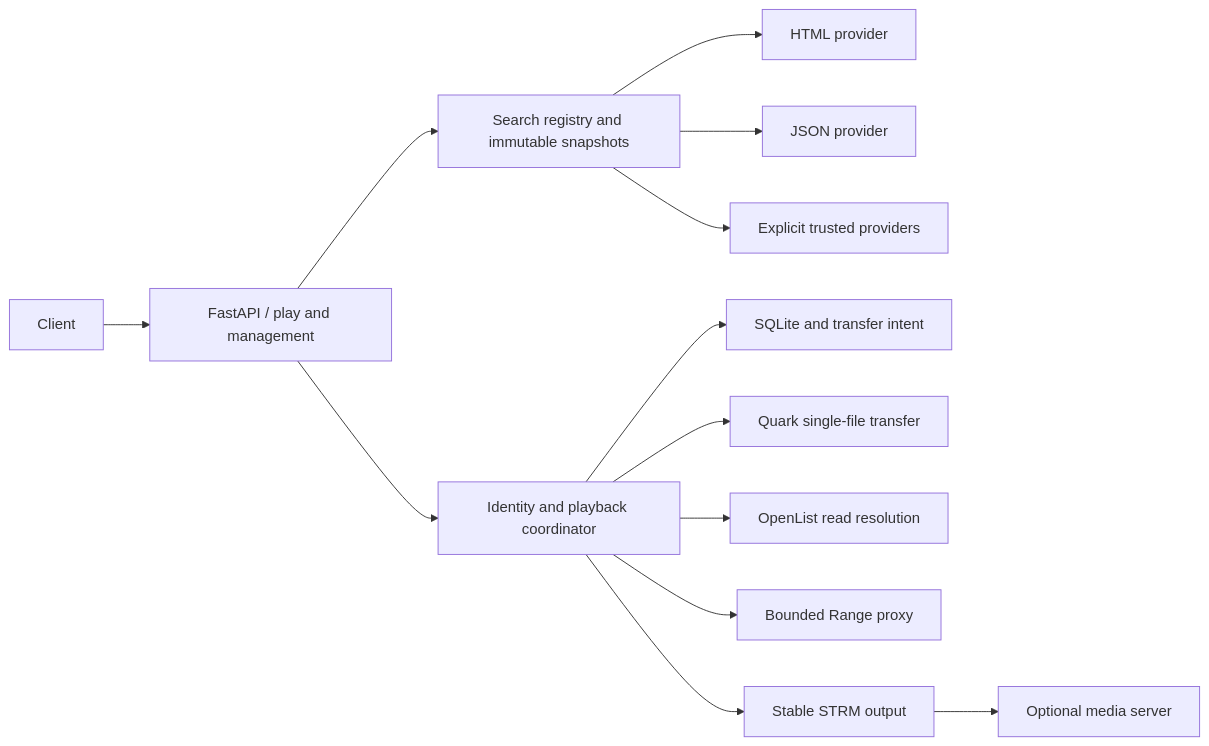
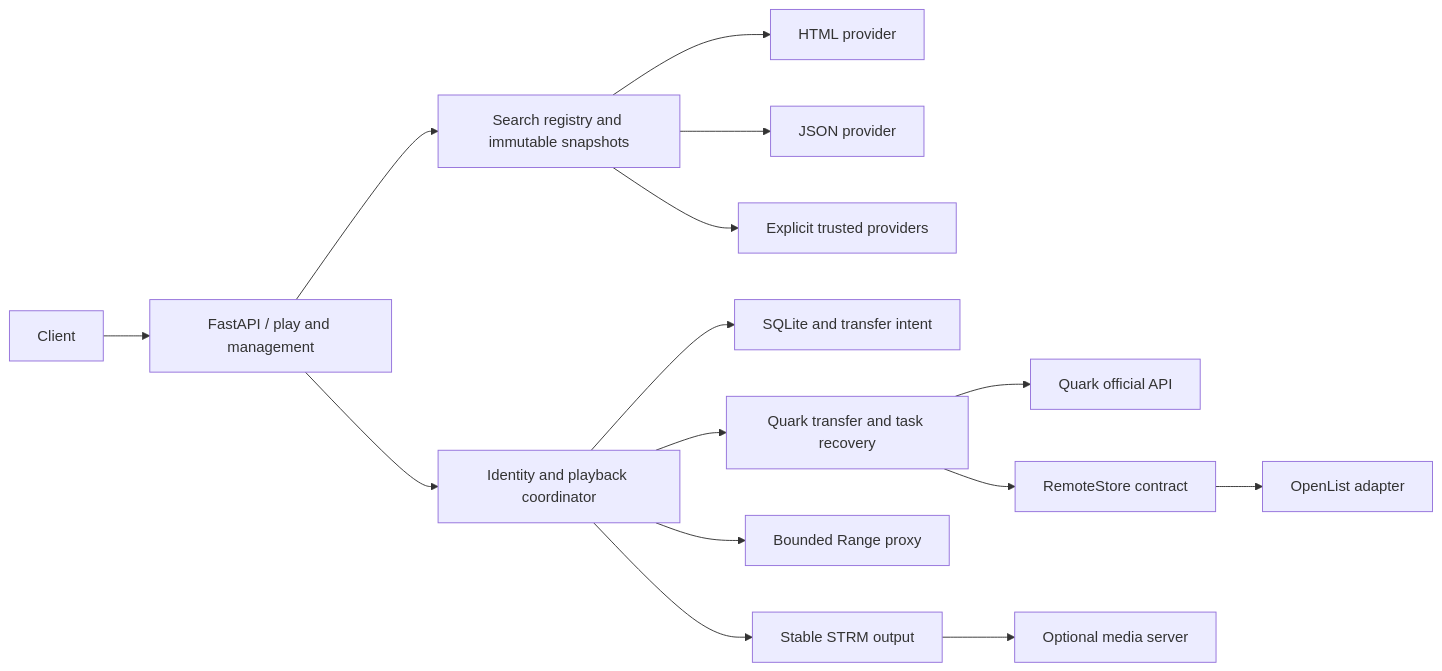
One commit to gnod-x/quark-vod changed the diagram in docs/architecture.md. Above: the diagram before and after it, drawn with Mermaid. The commit also changed other lines of this file and 5 other files, not shown here.

Commit message:
refactor: add remote storage backend contract

````diff
--- a/docs/architecture.md
+++ b/docs/architecture.md
@@ -6,15 +12,17 @@
 ```mermaid
 flowchart LR
     Client --> API[FastAPI / play and management]
     API --> Search[Search registry and immutable snapshots]
     Search --> HTML[HTML provider]
     Search --> JSON[JSON provider]
     Search --> Custom[Explicit trusted providers]
     API --> Work[Identity and playback coordinator]
     Work --> State[SQLite and transfer intent]
-    Work --> Quark[Quark single-file transfer]
-    Work --> OpenList[OpenList read resolution]
+    Work --> Transfer[Quark transfer and task recovery]
+    Transfer --> Quark[Quark official API]
+    Transfer --> Store[RemoteStore contract]
+    Store --> OpenList[OpenList adapter]
     Work --> Range[Bounded Range proxy]
     Work --> STRM[Stable STRM output]
     STRM --> Media[Optional media server]
 ```
````
